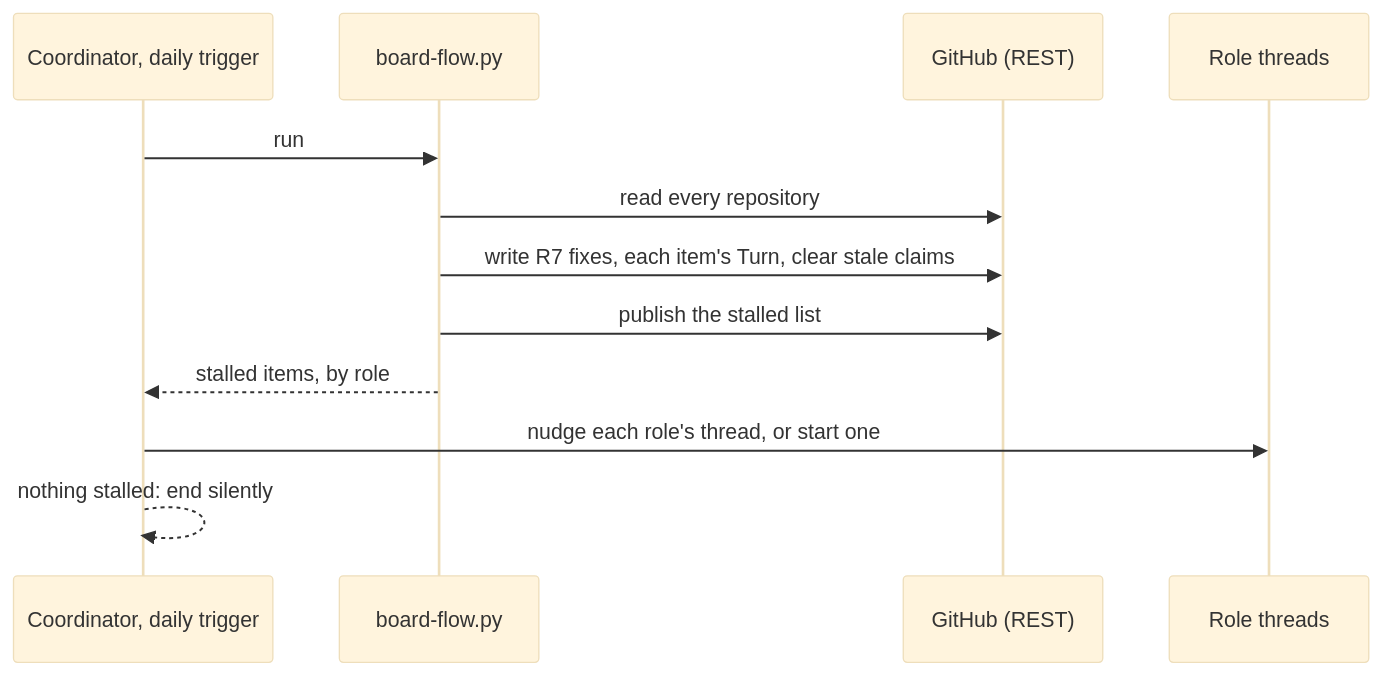
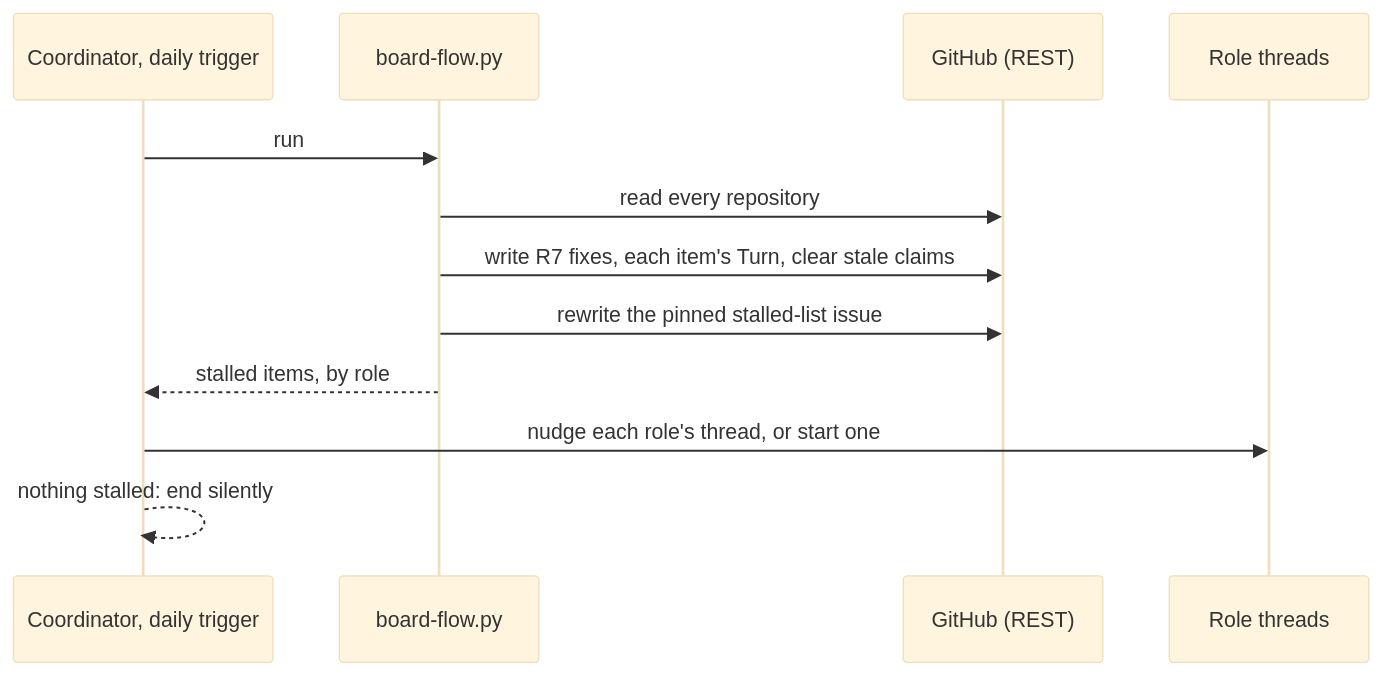
Before and after one commit to delphside/programme: the second of 2 diagrams in records/2.5-changes/process-definition/176-project-board-flow/implementation.md, drawn with Mermaid (base theme). The commit also changed other lines of this file, not shown here.

First line of the commit message:
Board flow: the stalled list is a pinned issue

````diff
--- a/records/2.5-changes/process-definition/176-project-board-flow/implementation.md
+++ b/records/2.5-changes/process-definition/176-project-board-flow/implementation.md
@@ -43,14 +43,14 @@
 ```mermaid
 sequenceDiagram
     participant C as Coordinator, daily trigger
     participant B as board-flow.py
     participant G as GitHub (REST)
     participant T as Role threads
     C->>B: run
     B->>G: read every repository
     B->>G: write R7 fixes, each item's Turn, clear stale claims
-    B->>G: publish the stalled list
+    B->>G: rewrite the pinned stalled-list issue
     B-->>C: stalled items, by role
     C->>T: nudge each role's thread, or start one
     C-->>C: nothing stalled: end silently
 ```
````
